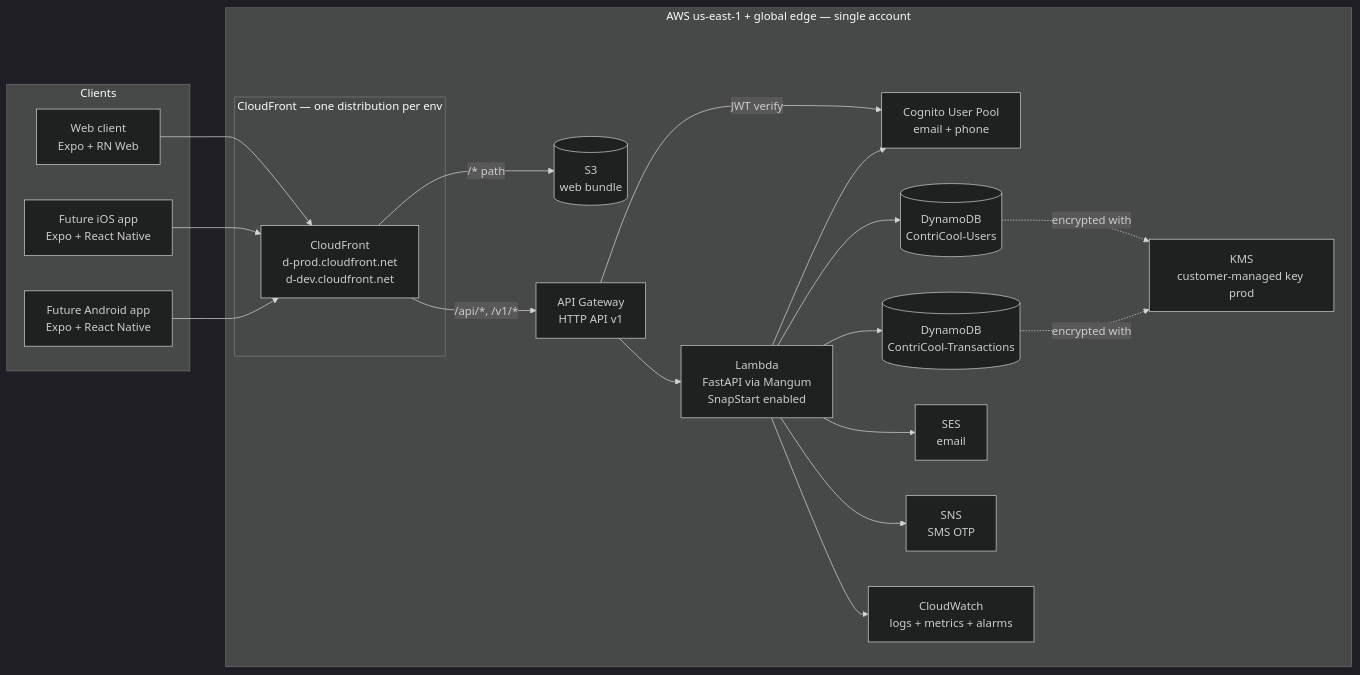
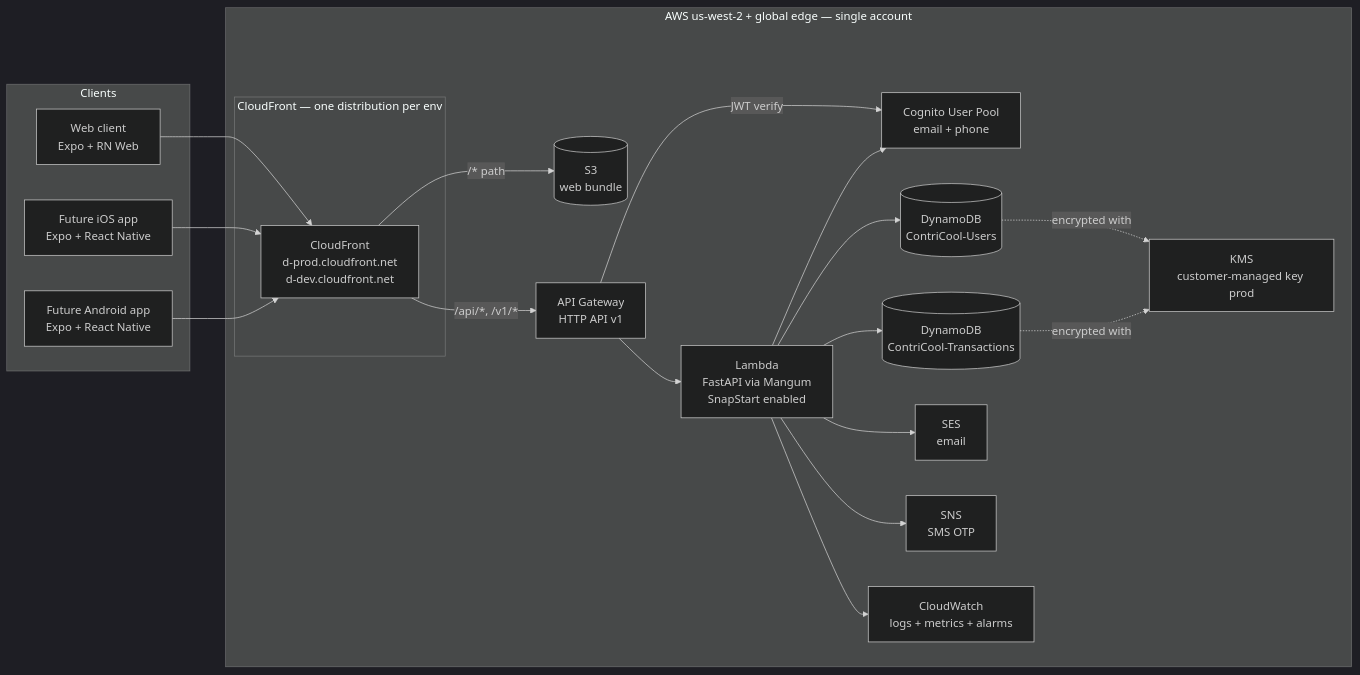
Before and after one commit to GanAlps/contricool: the first of 6 diagrams in specs/01-high-level-architecture/design.md, drawn with Mermaid (dark theme). The commit also changed other lines of this file and 9 other files, not shown here.

````diff
--- a/specs/01-high-level-architecture/design.md
+++ b/specs/01-high-level-architecture/design.md
@@ -9,40 +9,40 @@
 ```mermaid
 flowchart LR
     subgraph Clients
         Web[Web client<br/>Expo + RN Web]
         iOS[Future iOS app<br/>Expo + React Native]
         Android[Future Android app<br/>Expo + React Native]
     end
 
-    subgraph AWS[AWS us-east-1 + global edge — single account]
+    subgraph AWS[AWS us-west-2 + global edge — single account]
         subgraph SharedEdge[CloudFront — one distribution per env]
             CF[CloudFront<br/>d-prod.cloudfront.net<br/>d-dev.cloudfront.net]
         end
         S3[(S3<br/>web bundle)]
         APIGW[API Gateway<br/>HTTP API v1]
         Cognito[Cognito User Pool<br/>email + phone]
         LambdaAPI[Lambda<br/>FastAPI via Mangum<br/>SnapStart enabled]
         DDBUsers[(DynamoDB<br/>ContriCool-Users)]
         DDBTxn[(DynamoDB<br/>ContriCool-Transactions)]
         SES[SES<br/>email]
         SNS[SNS<br/>SMS OTP]
         CW[CloudWatch<br/>logs + metrics + alarms]
         KMS[KMS<br/>customer-managed key prod]
     end
 
     Web --> CF
     iOS --> CF
     Android --> CF
     CF -->|/* path| S3
     CF -->|/api/*, /v1/*| APIGW
     APIGW -->|JWT verify| Cognito
     APIGW --> LambdaAPI
     LambdaAPI --> DDBUsers
     LambdaAPI --> DDBTxn
     LambdaAPI --> Cognito
     LambdaAPI --> SES
     LambdaAPI --> SNS
     LambdaAPI --> CW
     DDBUsers -.encrypted with.-> KMS
     DDBTxn -.encrypted with.-> KMS
 ```
````
